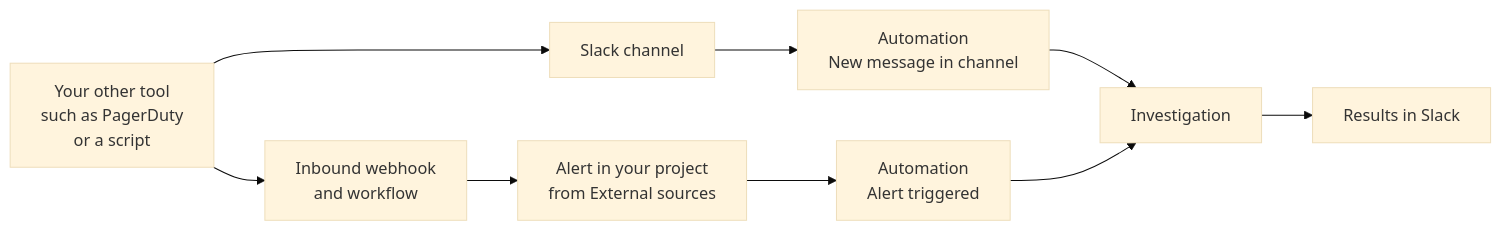
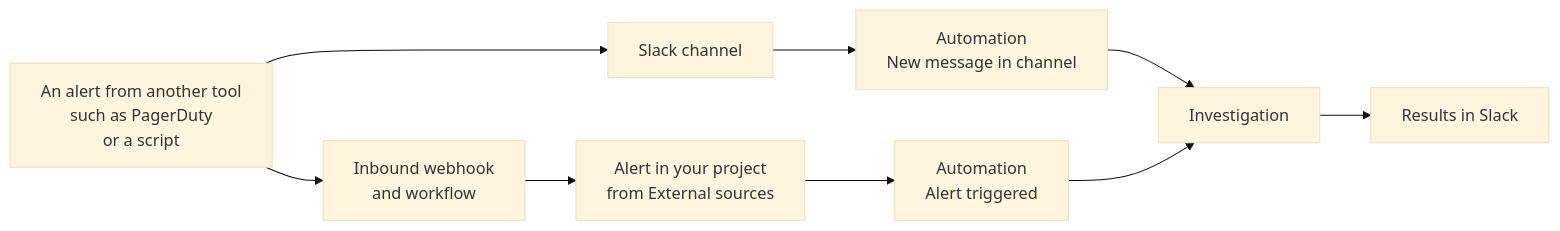
One commit to elastic/docs-content changed the diagram in solutions/observability/nightshift/use-cases/external-alerts.md. Above: the diagram before and after it, drawn with Mermaid (base theme). The commit also changed other lines of this file and 16 other files, not shown here.

````diff
--- a/solutions/observability/nightshift/use-cases/external-alerts.md
+++ b/solutions/observability/nightshift/use-cases/external-alerts.md
@@ -18,11 +18,11 @@
 ```mermaid
 flowchart LR
-    T["Your other tool<br/>such as PagerDuty<br/>or a script"] --> S["Slack channel"]
+    T["An alert from another tool<br/>such as PagerDuty<br/>or a script"] --> S["Slack channel"]
     T --> W["Inbound webhook<br/>and workflow"]
     W --> X["Alert in your project<br/>from External sources"]
     S --> A["Automation<br/>New message in channel"]
     X --> B["Automation<br/>Alert triggered"]
     A --> I["Investigation"]
     B --> I
     I --> R["Results in Slack"]
 ```
````
